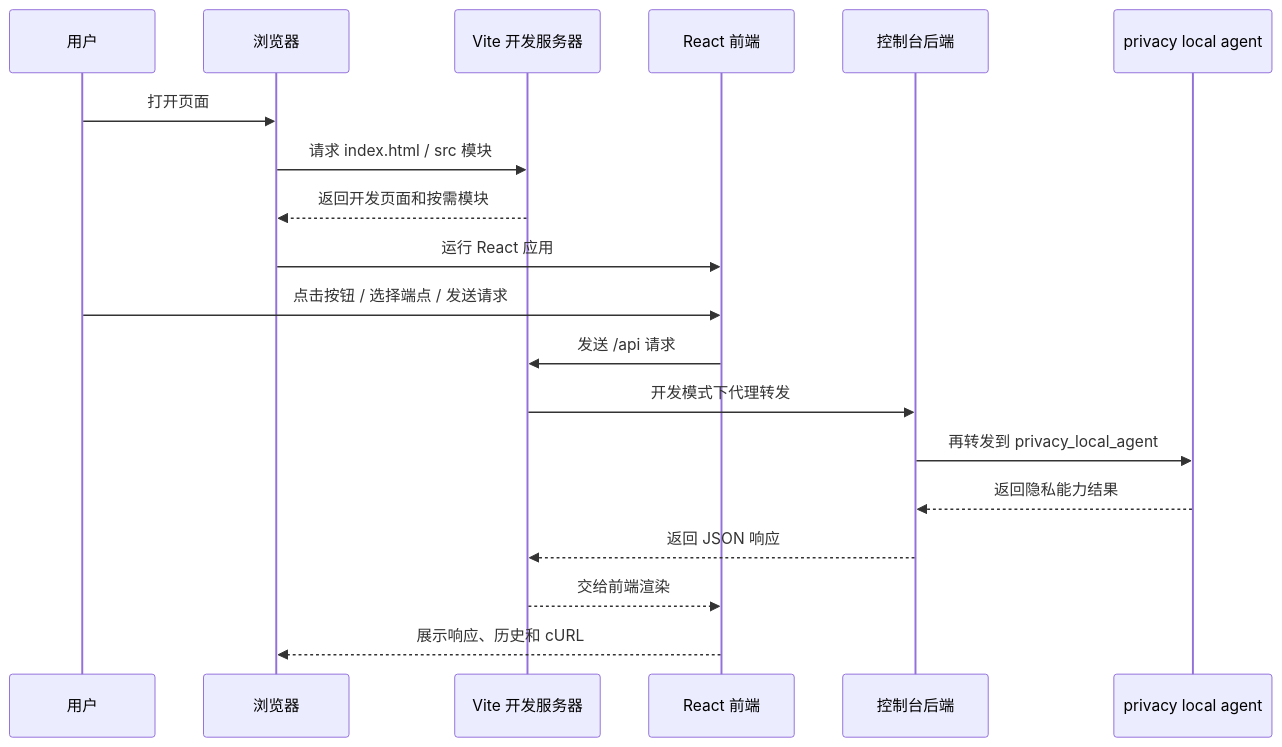
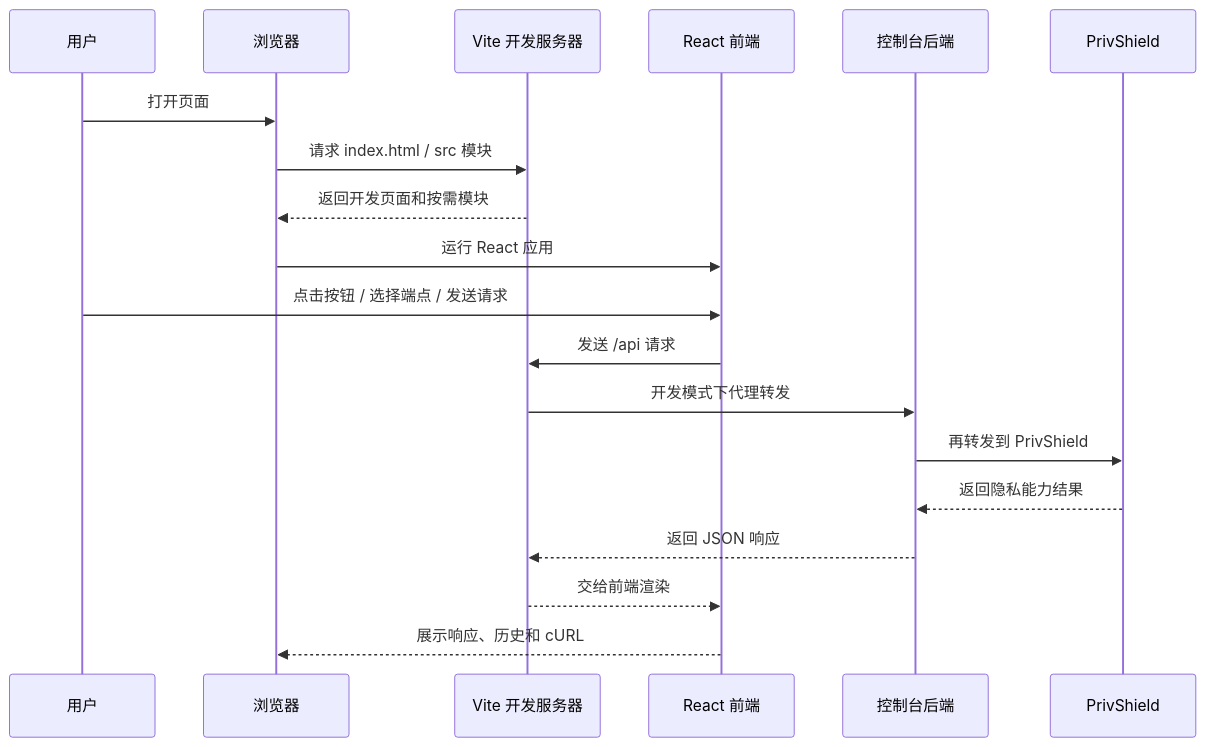
The first of 6 diagrams in console/docs/vite.md (fengzhizi319/PrivShield), drawn with Mermaid before and after one commit. The commit also changed other lines of this file and 393 other files, not shown here.

Commit message:
refactor(brand): 全面将 privacy_local_agent 迁移升级为 PrivShield

````diff
--- a/console/docs/vite.md
+++ b/console/docs/vite.md
@@ -28,22 +28,22 @@
 ```mermaid
 sequenceDiagram
     participant U as 用户
     participant B as 浏览器
     participant V as Vite 开发服务器
     participant R as React 前端
     participant P as 控制台后端
-    participant A as privacy local agent
+    participant A as PrivShield
 
     U->>B: 打开页面
     B->>V: 请求 index.html / src 模块
     V-->>B: 返回开发页面和按需模块
     B->>R: 运行 React 应用
     U->>R: 点击按钮 / 选择端点 / 发送请求
     R->>V: 发送 /api 请求
     V->>P: 开发模式下代理转发
-    P->>A: 再转发到 privacy_local_agent
+    P->>A: 再转发到 PrivShield
     A-->>P: 返回隐私能力结果
     P-->>V: 返回 JSON 响应
     V-->>R: 交给前端渲染
     R-->>B: 展示响应、历史和 cURL
 ```
````
